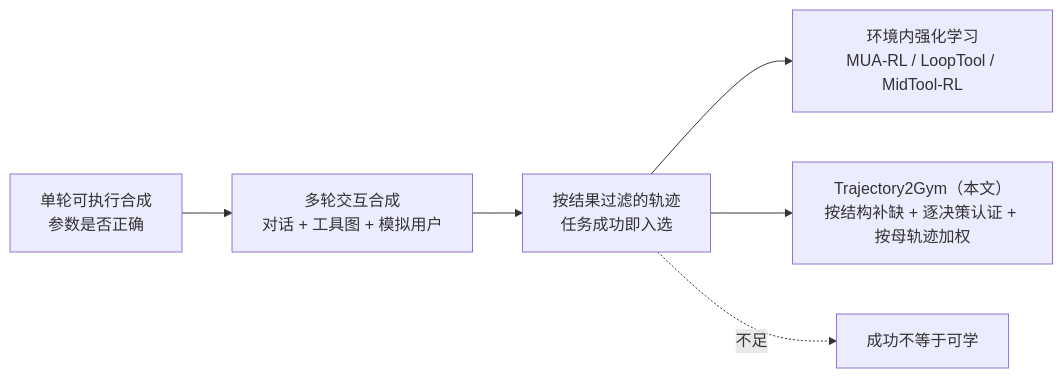
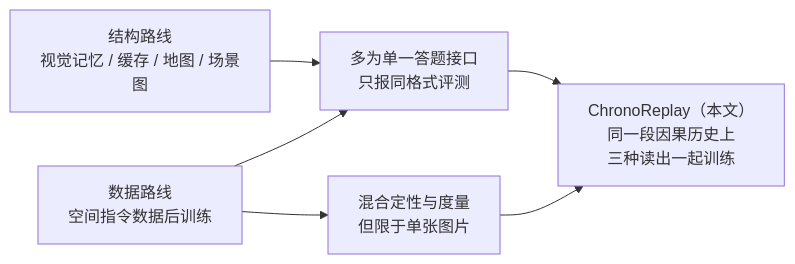
One commit to yingwang/paper-reads changed the second of 5 diagrams in docs/index.md. Above: the diagram before and after it, drawn with Mermaid. The commit also changed other lines of this file and 2 other files, not shown here.

````diff
--- a/docs/index.md
+++ b/docs/index.md
@@ -74,8 +81,8 @@
 ```mermaid
 flowchart LR
-    A["单轮可执行合成<br/>参数是否正确"] --> B["多轮交互合成<br/>对话 + 工具图 + 模拟用户"]
-    B --> C["按结果过滤的轨迹<br/>任务成功即入选"]
-    C --> D["环境内强化学习<br/>MUA-RL / LoopTool / MidTool-RL"]
-    C --> E["Trajectory2Gym（本文）<br/>按结构补缺 + 逐决策认证 + 按母轨迹加权"]
-    C -.->|"不足"| X["成功不等于可学"]
+    A["结构路线<br/>视觉记忆 / 缓存 / 地图 / 场景图"] --> X["多为单一答题接口<br/>只报同格式评测"]
+    B["数据路线<br/>空间指令数据后训练"] --> X
+    B --> Y["混合定性与度量<br/>但限于单张图片"]
+    X --> C["ChronoReplay（本文）<br/>同一段因果历史上<br/>三种读出一起训练"]
+    Y --> C
 ```
````
